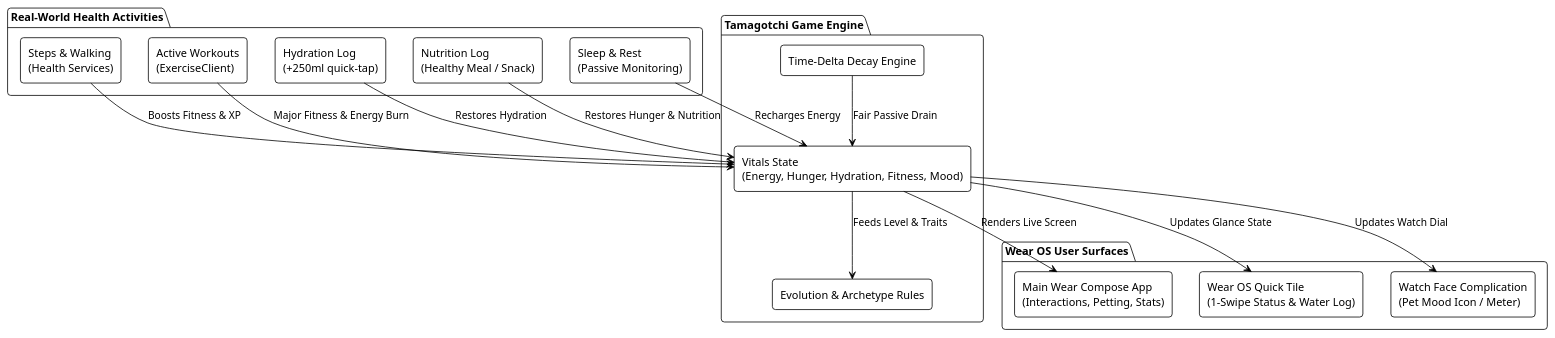
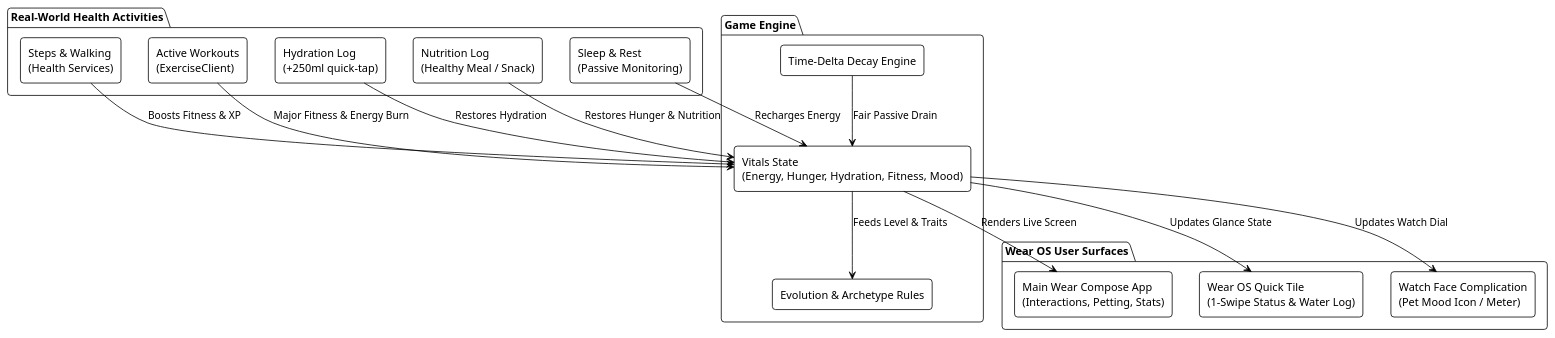
Before and after one commit to DunderGG/health-companion: the first of 6 diagrams in docs/ARCHITECTURE.md, drawn with PlantUML. The commit also changed other lines of this file, not shown here.

Commit message:
Update architecture with sequence and class diagrams

````diff
--- a/docs/ARCHITECTURE.md
+++ b/docs/ARCHITECTURE.md
@@ -10,39 +10,39 @@
 ```plantuml
 @startuml System_Interaction_Flow
 !theme plain
 skinparam componentStyle rectangle
 skinparam roundCorner 8
 
 package "Real-World Health Activities" as RealWorld {
     [Steps & Walking\n(Health Services)] as Steps
     [Active Workouts\n(ExerciseClient)] as Workouts
     [Hydration Log\n(+250ml quick-tap)] as Water
     [Nutrition Log\n(Healthy Meal / Snack)] as Food
     [Sleep & Rest\n(Passive Monitoring)] as Sleep
 }
 
-package "Tamagotchi Game Engine" as PetEngine {
+package "Game Engine" as PetEngine {
     [Time-Delta Decay Engine] as Decay
     [Vitals State\n(Energy, Hunger, Hydration, Fitness, Mood)] as Vitals
     [Evolution & Archetype Rules] as Evo
 }
 
 package "Wear OS User Surfaces" as WearSurfaces {
     [Main Wear Compose App\n(Interactions, Petting, Stats)] as MainApp
     [Wear OS Quick Tile\n(1-Swipe Status & Water Log)] as Tile
     [Watch Face Complication\n(Pet Mood Icon / Meter)] as Complication
 }
 
 Steps --> Vitals : Boosts Fitness & XP
 Workouts --> Vitals : Major Fitness & Energy Burn
 Water --> Vitals : Restores Hydration
 Food --> Vitals : Restores Hunger & Nutrition
 Sleep --> Vitals : Recharges Energy
 Decay --> Vitals : Fair Passive Drain
 
 Vitals --> Evo : Feeds Level & Traits
 Vitals --> MainApp : Renders Live Screen
 Vitals --> Tile : Updates Glance State
 Vitals --> Complication : Updates Watch Dial
 @enduml
 ```
````
